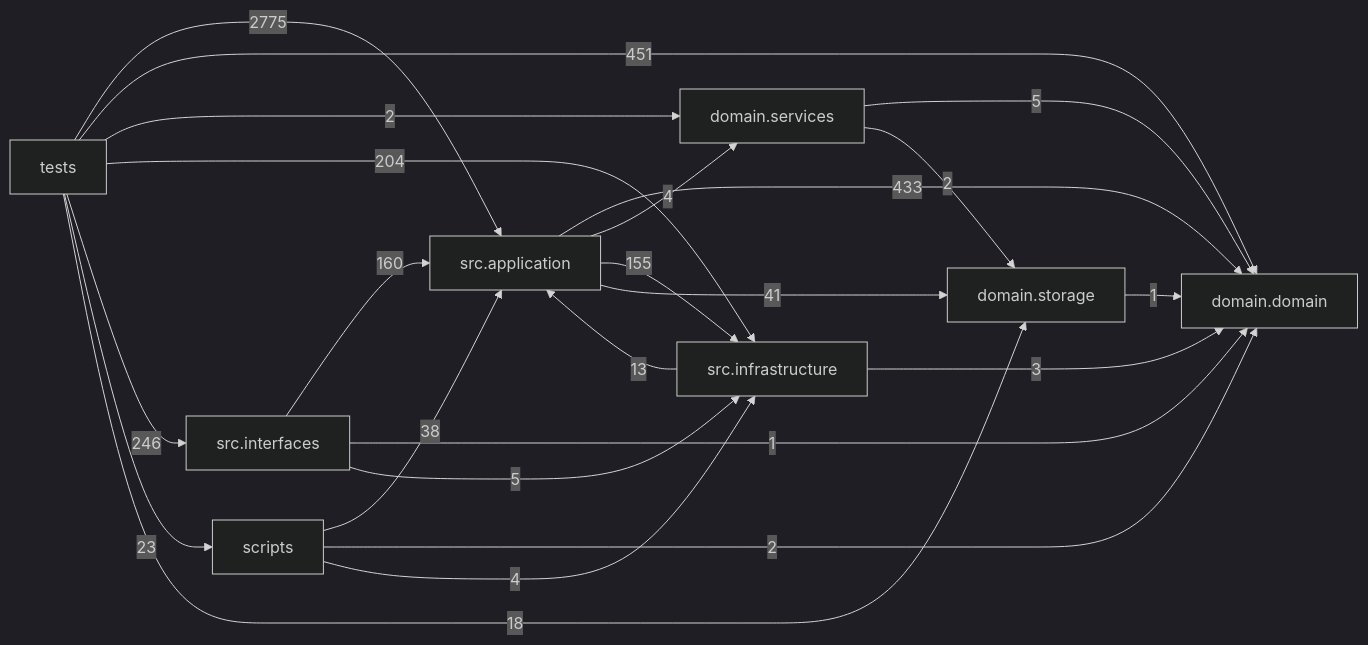
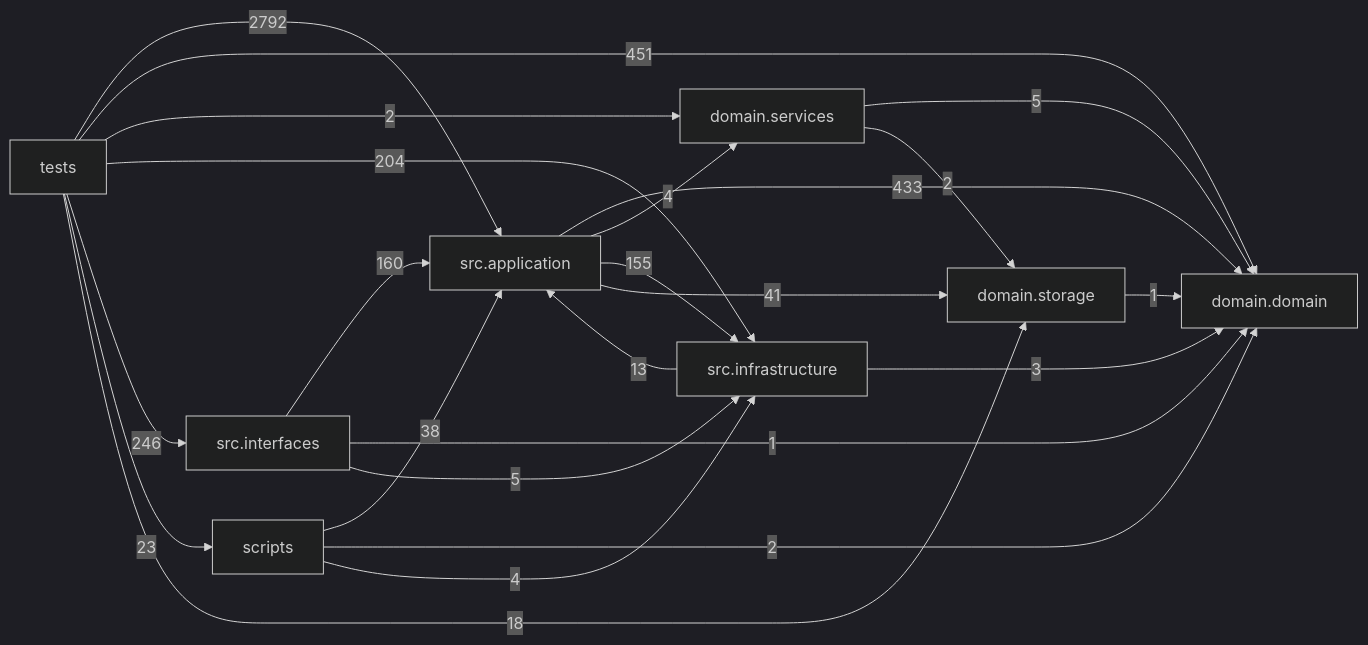
Before and after one commit to liuxie066/options-monitor: the diagram in docs/DEPENDENCY_GRAPH.md, drawn with Mermaid (dark theme). The commit also changed other lines of this file and 17 other files, not shown here.

````diff
--- a/docs/DEPENDENCY_GRAPH.md
+++ b/docs/DEPENDENCY_GRAPH.md
@@ -24,33 +24,33 @@
 ```mermaid
 flowchart LR
   tests["tests"]
   scripts["scripts"]
   interfaces["src.interfaces"]
   application["src.application"]
   infrastructure["src.infrastructure"]
   domain_services["domain.services"]
   domain["domain.domain"]
   storage["domain.storage"]
   application -->|433| domain
   application -->|4| domain_services
   application -->|155| infrastructure
   application -->|41| storage
   domain_services -->|5| domain
   domain_services -->|2| storage
   infrastructure -->|13| application
   infrastructure -->|3| domain
   interfaces -->|160| application
   interfaces -->|1| domain
   interfaces -->|5| infrastructure
   scripts -->|38| application
   scripts -->|2| domain
   scripts -->|4| infrastructure
   storage -->|1| domain
-  tests -->|2775| application
+  tests -->|2792| application
   tests -->|451| domain
   tests -->|2| domain_services
   tests -->|204| infrastructure
   tests -->|246| interfaces
   tests -->|23| scripts
   tests -->|18| storage
 ```
````
